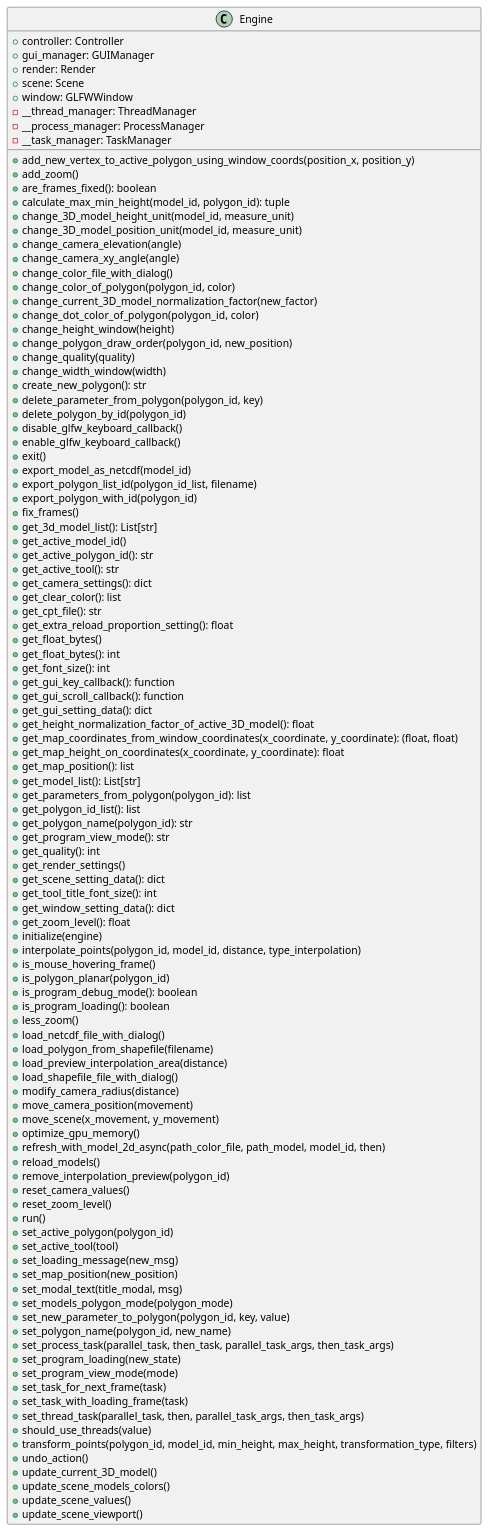
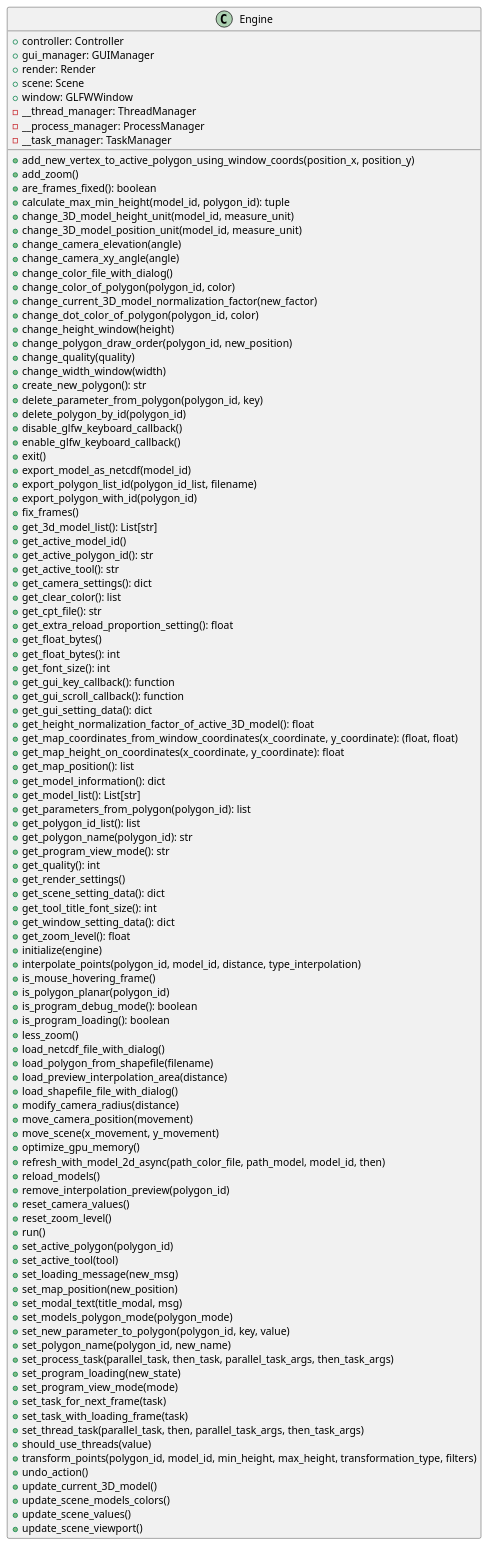
Before and after one commit to ferpoble2/Relief_Creator: the diagram in docs/classes/Engine.puml, drawn with PlantUML.

```diff
--- a/docs/classes/Engine.puml
+++ b/docs/classes/Engine.puml
@@ -1,111 +1,112 @@
 @startuml
 class Engine {
     + controller: Controller
     + gui_manager: GUIManager
     + render: Render
     + scene: Scene
     + window: GLFWWindow
     - __thread_manager: ThreadManager
     - __process_manager: ProcessManager
     - __task_manager: TaskManager
 
     + add_new_vertex_to_active_polygon_using_window_coords(position_x, position_y)
     + add_zoom()
     + are_frames_fixed(): boolean
     + calculate_max_min_height(model_id, polygon_id): tuple
     + change_3D_model_height_unit(model_id, measure_unit)
     + change_3D_model_position_unit(model_id, measure_unit)
     + change_camera_elevation(angle)
     + change_camera_xy_angle(angle)
     + change_color_file_with_dialog()
     + change_color_of_polygon(polygon_id, color)
     + change_current_3D_model_normalization_factor(new_factor)
     + change_dot_color_of_polygon(polygon_id,  color)
     + change_height_window(height)
     + change_polygon_draw_order(polygon_id, new_position)
     + change_quality(quality)
     + change_width_window(width)
     + create_new_polygon(): str
     + delete_parameter_from_polygon(polygon_id, key)
     + delete_polygon_by_id(polygon_id)
     + disable_glfw_keyboard_callback()
     + enable_glfw_keyboard_callback()
     + exit()
     + export_model_as_netcdf(model_id)
     + export_polygon_list_id(polygon_id_list, filename)
     + export_polygon_with_id(polygon_id)
     + fix_frames()
     + get_3d_model_list(): List[str]
     + get_active_model_id()
     + get_active_polygon_id(): str
     + get_active_tool(): str
     + get_camera_settings(): dict
     + get_clear_color(): list
     + get_cpt_file(): str
     + get_extra_reload_proportion_setting(): float
     + get_float_bytes()
     + get_float_bytes(): int
     + get_font_size(): int
     + get_gui_key_callback(): function
     + get_gui_scroll_callback(): function
     + get_gui_setting_data(): dict
     + get_height_normalization_factor_of_active_3D_model(): float
     + get_map_coordinates_from_window_coordinates(x_coordinate, y_coordinate): (float, float)
     + get_map_height_on_coordinates(x_coordinate, y_coordinate): float
     + get_map_position(): list
+    + get_model_information(): dict
     + get_model_list(): List[str]
     + get_parameters_from_polygon(polygon_id): list
     + get_polygon_id_list(): list
     + get_polygon_name(polygon_id): str
     + get_program_view_mode(): str
     + get_quality(): int
     + get_render_settings()
     + get_scene_setting_data(): dict
     + get_tool_title_font_size(): int
     + get_window_setting_data(): dict
     + get_zoom_level(): float
     + initialize(engine)
     + interpolate_points(polygon_id, model_id, distance, type_interpolation)
     + is_mouse_hovering_frame()
     + is_polygon_planar(polygon_id)
     + is_program_debug_mode(): boolean
     + is_program_loading(): boolean
     + less_zoom()
     + load_netcdf_file_with_dialog()
     + load_polygon_from_shapefile(filename)
     + load_preview_interpolation_area(distance)
     + load_shapefile_file_with_dialog()
     + modify_camera_radius(distance)
     + move_camera_position(movement)
     + move_scene(x_movement, y_movement)
     + optimize_gpu_memory()
     + refresh_with_model_2d_async(path_color_file, path_model, model_id, then)
     + reload_models()
     + remove_interpolation_preview(polygon_id)
     + reset_camera_values()
     + reset_zoom_level()
     + run()
     + set_active_polygon(polygon_id)
     + set_active_tool(tool)
     + set_loading_message(new_msg)
     + set_map_position(new_position)
     + set_modal_text(title_modal, msg)
     + set_models_polygon_mode(polygon_mode)
     + set_new_parameter_to_polygon(polygon_id, key, value)
     + set_polygon_name(polygon_id, new_name)
     + set_process_task(parallel_task, then_task, parallel_task_args, then_task_args)
     + set_program_loading(new_state)
     + set_program_view_mode(mode)
     + set_task_for_next_frame(task)
     + set_task_with_loading_frame(task)
     + set_thread_task(parallel_task, then, parallel_task_args, then_task_args)
     + should_use_threads(value)
     + transform_points(polygon_id, model_id, min_height, max_height, transformation_type, filters)
     + undo_action()
     + update_current_3D_model()
     + update_scene_models_colors()
     + update_scene_values()
     + update_scene_viewport()
 }
 
 @enduml
```
